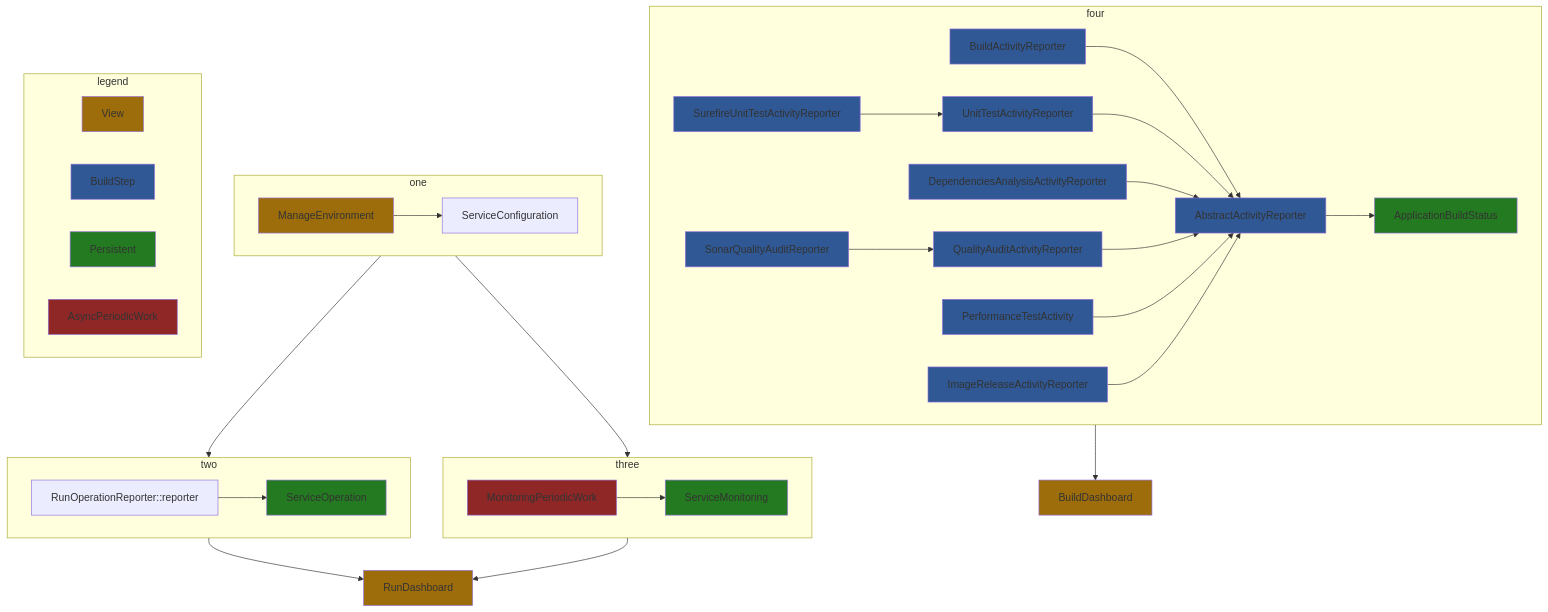
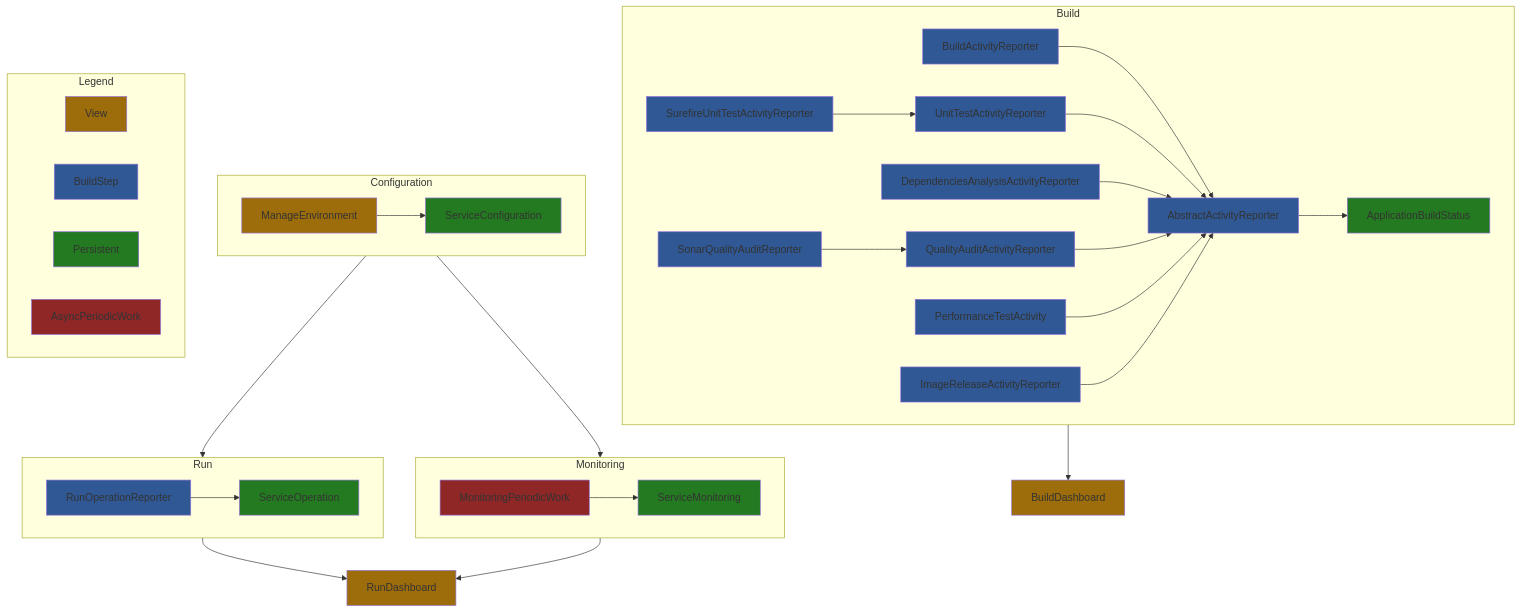
One commit to jenkinsci/devops-portal-plugin changed the diagram in README.md. Above: the diagram before and after it, drawn with Mermaid.

````diff
--- a/README.md
+++ b/README.md
@@ -412,44 +412,44 @@
 ```mermaid
 flowchart TB
-    subgraph one
-    ManageEnvironment:::view --> ServiceConfiguration
+    subgraph Configuration
+    ManageEnvironment:::view --> ServiceConfiguration:::entity
     end
     
-    subgraph two
-    RunOperationReporter::reporter --> ServiceOperation:::entity
+    subgraph Run
+    RunOperationReporter:::reporter --> ServiceOperation:::entity
     end
     
-    subgraph three
+    subgraph Monitoring
     MonitoringPeriodicWork:::worker --> ServiceMonitoring:::entity
     end
     
-    subgraph four
+    subgraph Build
     BuildActivityReporter:::reporter --> AbstractActivityReporter:::reporter
     UnitTestActivityReporter:::reporter --> AbstractActivityReporter:::reporter
     SurefireUnitTestActivityReporter:::reporter --> UnitTestActivityReporter:::reporter
     DependenciesAnalysisActivityReporter:::reporter --> AbstractActivityReporter:::reporter
     QualityAuditActivityReporter:::reporter --> AbstractActivityReporter:::reporter
     SonarQualityAuditReporter:::reporter --> QualityAuditActivityReporter:::reporter
     PerformanceTestActivity:::reporter --> AbstractActivityReporter:::reporter
     ImageReleaseActivityReporter:::reporter --> AbstractActivityReporter:::reporter
     AbstractActivityReporter:::reporter --> ApplicationBuildStatus:::entity
     end
     
-    subgraph legend
+    subgraph Legend
     View:::view
     BuildStep:::reporter
     Persistent:::entity
     AsyncPeriodicWork:::worker
     end
     
-    one --> two
-    one --> three
-    two --> RunDashboard:::view
-    three --> RunDashboard:::view
-    four --> BuildDashboard:::view
+    Configuration --> Run
+    Configuration --> Monitoring
+    Run --> RunDashboard:::view
+    Monitoring --> RunDashboard:::view
+    Build --> BuildDashboard:::view
     
     classDef view fill:#9e6d0b
     classDef reporter fill:#2f5894
     classDef entity fill:#247a20
     classDef worker fill:#8f2727
 ```
````
